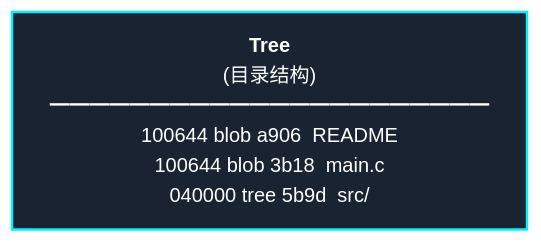
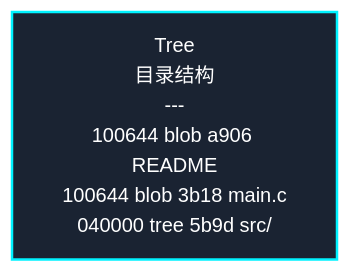
The fourth of 23 diagrams in _posts/2026-03-02-git完全指南.md (The-time-forever/The-time-forever.github.io), drawn with Mermaid before and after one commit. The commit also changed other lines of this file, not shown here.

First line of the commit message:
修复 Git 对象模型 Mermaid 语法错误

````diff
--- a/_posts/2026-03-02-git完全指南.md
+++ b/_posts/2026-03-02-git完全指南.md
@@ -69,6 +69,6 @@
 ```mermaid
 graph TD
-    Tree["<b>Tree</b><br/>(目录结构)<br/>━━━━━━━━━━━━━━━━━━━━━━<br/>100644 blob a906  README<br/>100644 blob 3b18  main.c<br/>040000 tree 5b9d  src/"]
+    Tree["Tree<br/>目录结构<br/>---<br/>100644 blob a906 README<br/>100644 blob 3b18 main.c<br/>040000 tree 5b9d src/"]
 
     style Tree fill:#1a2332,stroke:#00f2ff,stroke-width:2px,color:#fff
 ```
````
